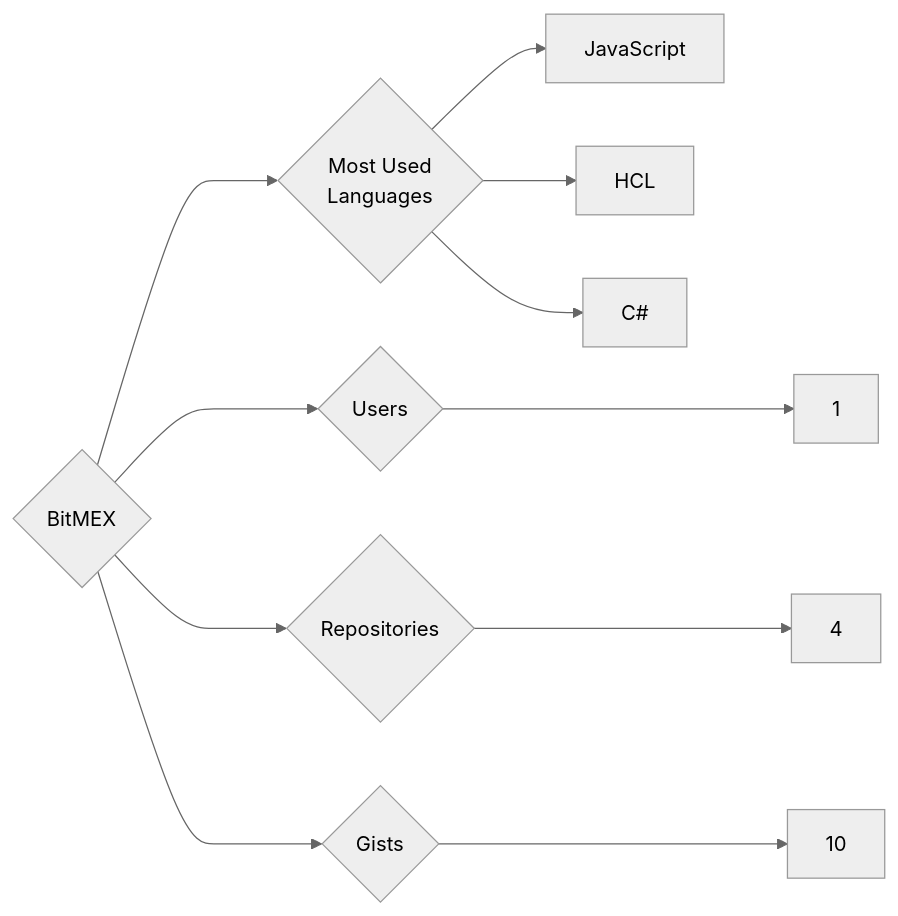
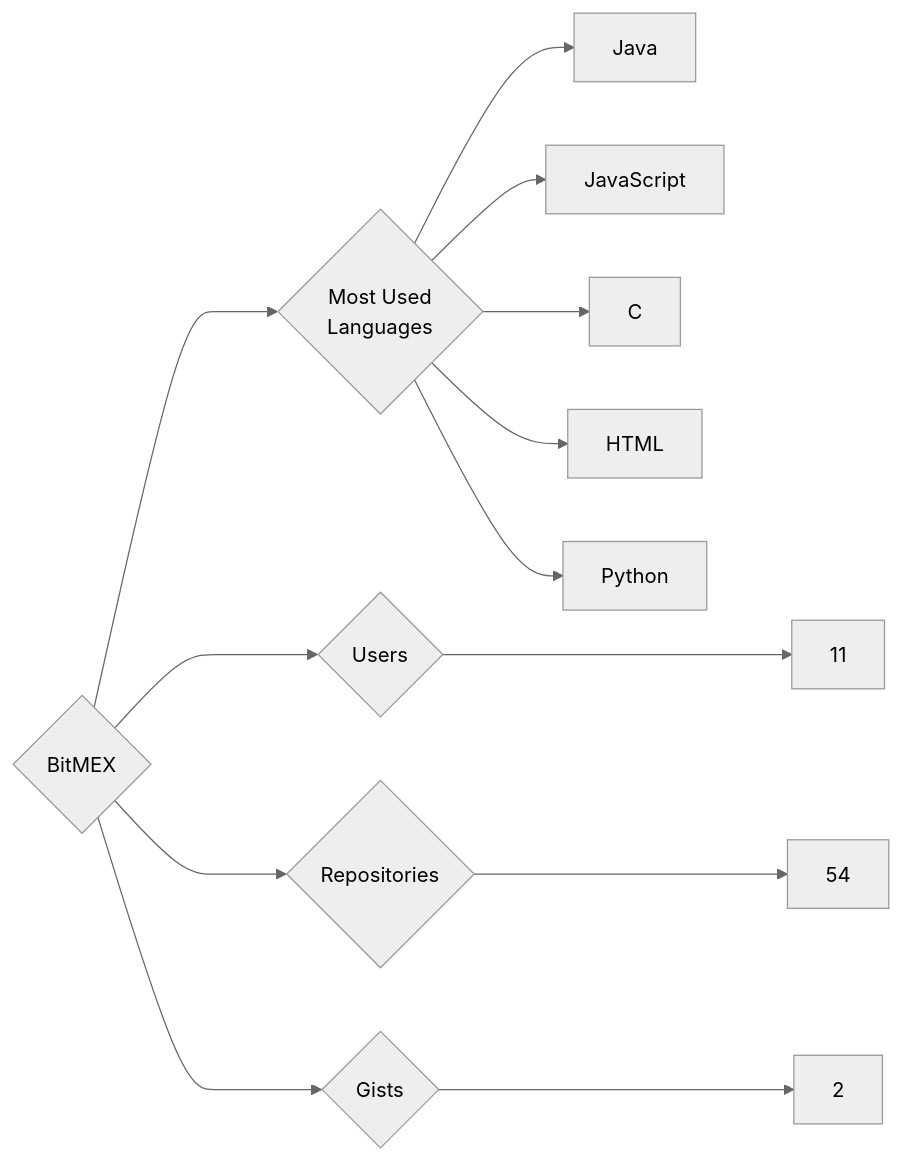
Before and after one commit to trickest/insiders: the diagram in targets/BitMEX/README.md, drawn with Mermaid (neutral theme). The commit also changed 912 other files, not shown here.

````diff
--- a/targets/BitMEX/README.md
+++ b/targets/BitMEX/README.md
@@ -3,11 +3,13 @@
 ```mermaid
 graph LR
 COMPANY_NAME{BitMEX}
-COMPANY_NAME ---> U{Users} ---> UN[1]
-COMPANY_NAME ---> R{Repositories} ---> RN[4]
-COMPANY_NAME ---> G{Gists} ---> GN[10]
+COMPANY_NAME ---> U{Users} ---> UN[11]
+COMPANY_NAME ---> R{Repositories} ---> RN[54]
+COMPANY_NAME ---> G{Gists} ---> GN[2]
 COMPANY_NAME ---> ML{Most Used<br>Languages}
+ML --> Java[Java]
 ML --> JavaScript[JavaScript]
-ML --> HCL[HCL]
-ML --> C#[C#]
+ML --> C[C]
+ML --> HTML[HTML]
+ML --> Python[Python]
 ```
````
